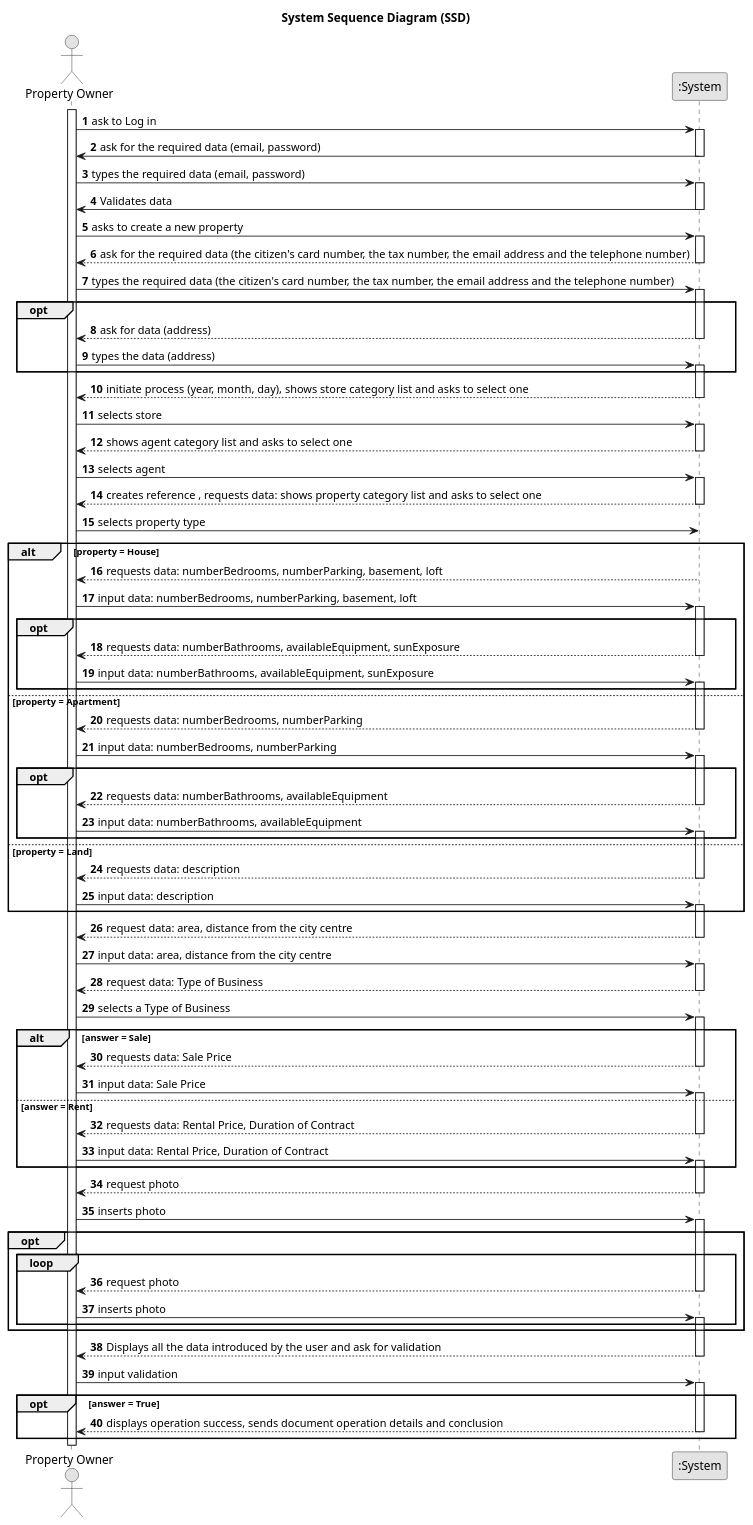
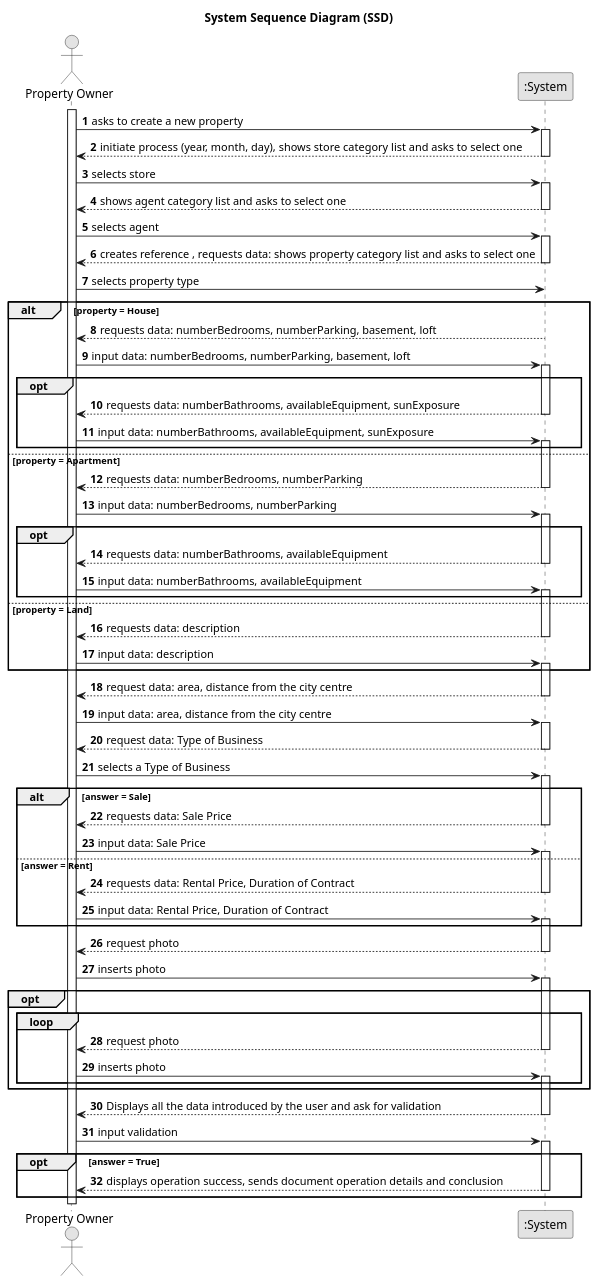
Before and after one commit to PEDROMOREIRA45/lei-23-s2-1dg-g31: the diagram in docs/sprintB/us004/01.requirements-engineering/puml/us004-system-sequence-diagram.puml, drawn with PlantUML. The commit also changed 2 other files, not shown here.

Commit message:
US004 DDO us004-sequence-diagram-full CHANGES NO LOGIN, NO DIFERENT UI AND CTRL

```diff
--- a/docs/sprintB/us004/01.requirements-engineering/puml/us004-system-sequence-diagram.puml
+++ b/docs/sprintB/us004/01.requirements-engineering/puml/us004-system-sequence-diagram.puml
@@ -1,157 +1,130 @@
 @startuml
 skinparam monochrome true
 skinparam packageStyle rectangle
 skinparam shadowing false
 
 title System Sequence Diagram (SSD)
 
 autonumber
 
 actor "Property Owner" as User
 participant ":System" as System
 
 activate User
 
-    User -> System: ask to Log in
-        activate System
-
-        System -> User: ask for the required data (email, password)
-        deactivate System
-
-    User -> System: types the required data (email, password)
-        activate System
-
-        System -> User: Validates data
-        deactivate System
-
     User -> System : asks to create a new property
         activate System
-
-        System --> User :ask for the required data (the citizen's card number, the tax number, the email address and the telephone number)
-        deactivate System
-
-    User -> System : types the required data (the citizen's card number, the tax number, the email address and the telephone number)
-        activate System
-
-group opt
-
-    System --> User :ask for data (address)
-        deactivate System
-
-    User -> System : types the data (address)
-        activate System
-end
 
 	    System --> User :initiate process (year, month, day), shows store category list and asks to select one
         deactivate System
 
     User -> System : selects store
         activate System
 
 	    System --> User : shows agent category list and asks to select one
         deactivate System
 
     User -> System : selects agent
         activate System
 
 	    System --> User : creates reference , requests data: shows property category list and asks to select one
         deactivate System
 
     User -> System : selects property type
 
 alt property = House
             System --> User : requests data: numberBedrooms, numberParking, basement, loft
         deactivate System
 
                 User -> System : input data: numberBedrooms, numberParking, basement, loft
         activate System
 
             group opt
                 System --> User : requests data: numberBathrooms, availableEquipment, sunExposure
                 deactivate System
 
                 User -> System : input data: numberBathrooms, availableEquipment, sunExposure
                 activate System
             end
 
 else property = Apartment
                 System --> User : requests data: numberBedrooms, numberParking
             deactivate System
 
                     User -> System : input data: numberBedrooms, numberParking
             activate System
 
             group opt
                     System --> User : requests data: numberBathrooms, availableEquipment
                     deactivate System
 
                     User -> System : input data: numberBathrooms, availableEquipment
                     activate System
             end
 
 else property = Land
                     System --> User : requests data: description
                 deactivate System
 
                         User -> System : input data: description
                 activate System
 end
 
         System --> User : request data: area, distance from the city centre
         deactivate System
 
     User -> System : input data: area, distance from the city centre
         activate System
 
 	    System --> User : request data: Type of Business
         deactivate System
 
     User -> System : selects a Type of Business
         activate System
 
 alt answer = Sale
         System --> User : requests data: Sale Price
         deactivate System
 
     User -> System : input data: Sale Price
         activate System
 
 
 else answer = Rent
         System --> User : requests data: Rental Price, Duration of Contract
         deactivate System
 
     User -> System : input data: Rental Price, Duration of Contract
         activate System
 end
 
         System --> User : request photo
         deactivate System
 
     User -> System : inserts photo
         activate System
 
 group opt
     loop
             System --> User : request photo
             deactivate System
 
 	    User -> System : inserts photo
             activate System
 
     end
 
 end
             System --> User : Displays all the data introduced by the user and ask for validation
             deactivate System
 
         User -> System : input validation
             activate System
 
 group opt [answer = True]
             System --> User : displays operation success, sends document operation details and conclusion
         deactivate System
 end
 
 
 @enduml
```
